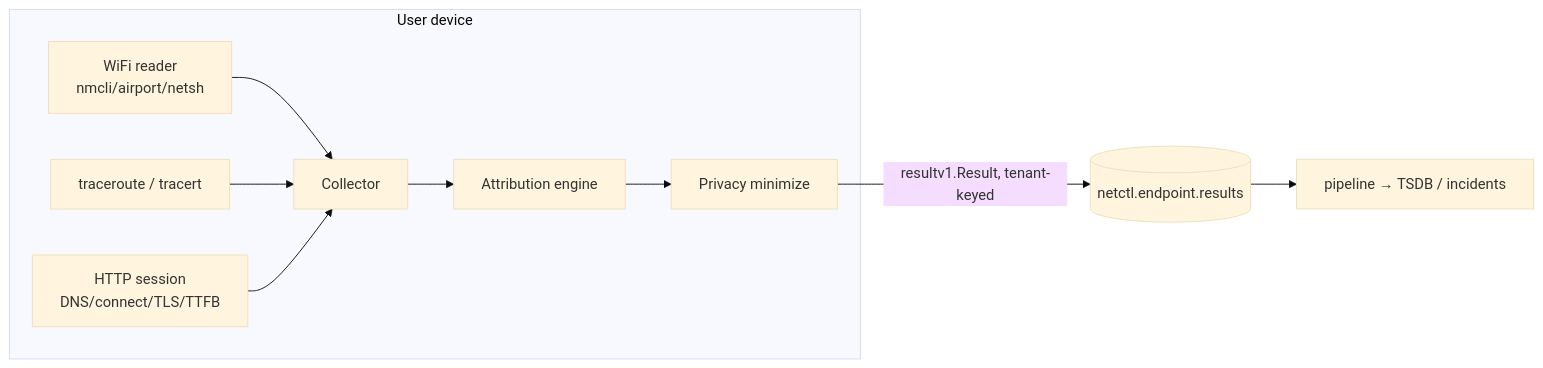
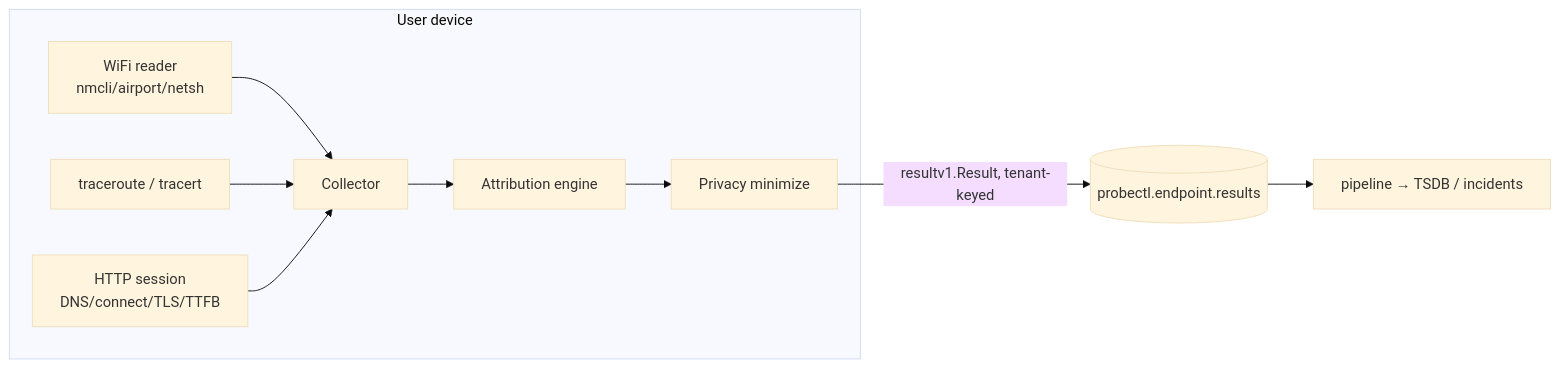
One commit to ctlplne/probectl changed the diagram in docs/endpoint-dem.md. Above: the diagram before and after it, drawn with Mermaid (base theme). The commit also changed other lines of this file and 477 other files, not shown here.

First line of the commit message:
chore(rebrand): rename netctl -> probectl across the entire repo

````diff
--- a/docs/endpoint-dem.md
+++ b/docs/endpoint-dem.md
@@ -13,12 +13,12 @@
 ```mermaid
 flowchart LR
   subgraph device[User device]
     W[WiFi reader\nnmcli/airport/netsh] --> C[Collector]
     T[traceroute / tracert] --> C
     H[HTTP session\nDNS/connect/TLS/TTFB] --> C
     C --> A[Attribution engine]
     A --> P[Privacy minimize]
   end
-  P -->|resultv1.Result, tenant-keyed| B[(netctl.endpoint.results)]
+  P -->|resultv1.Result, tenant-keyed| B[(probectl.endpoint.results)]
   B --> PIPE[pipeline → TSDB / incidents]
 ```
````
